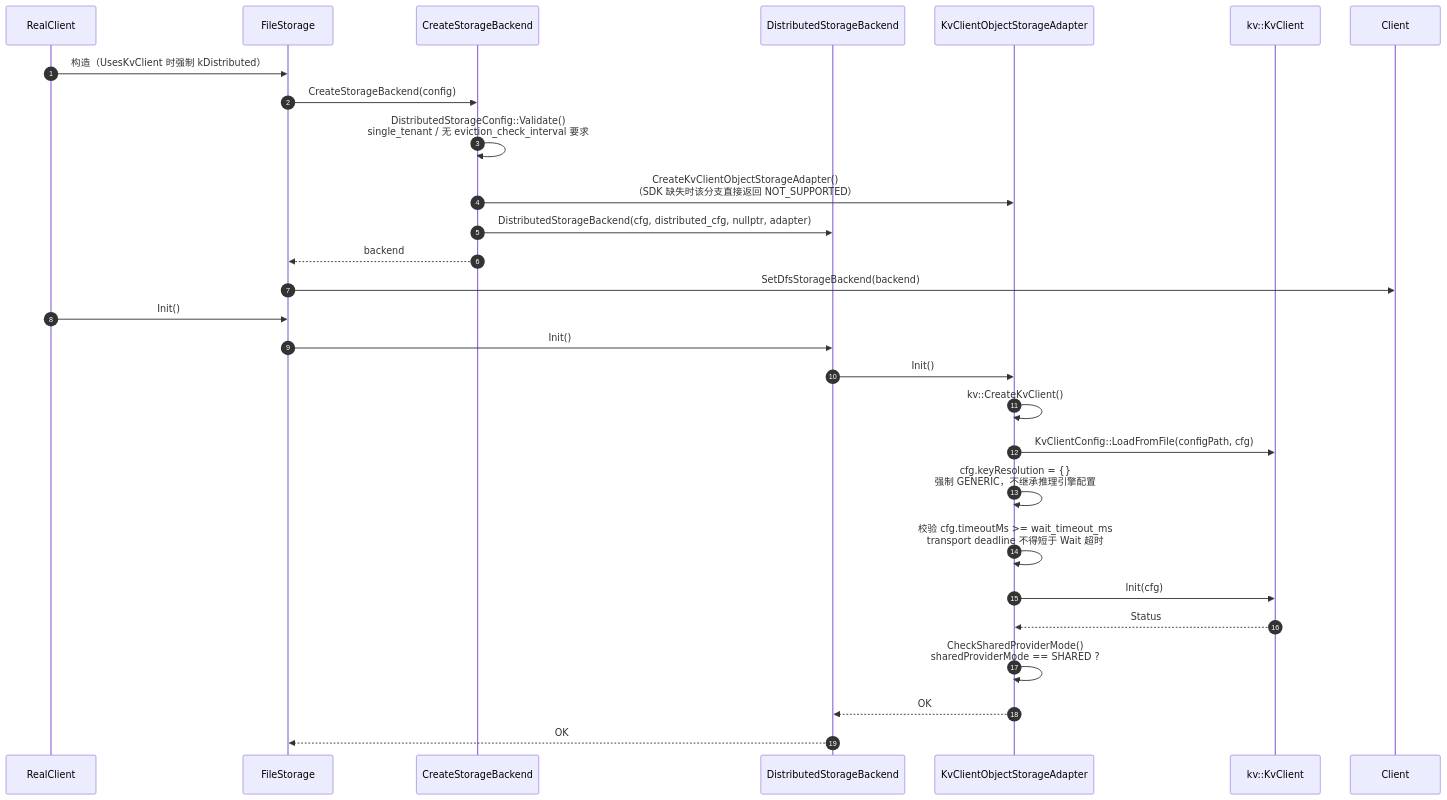
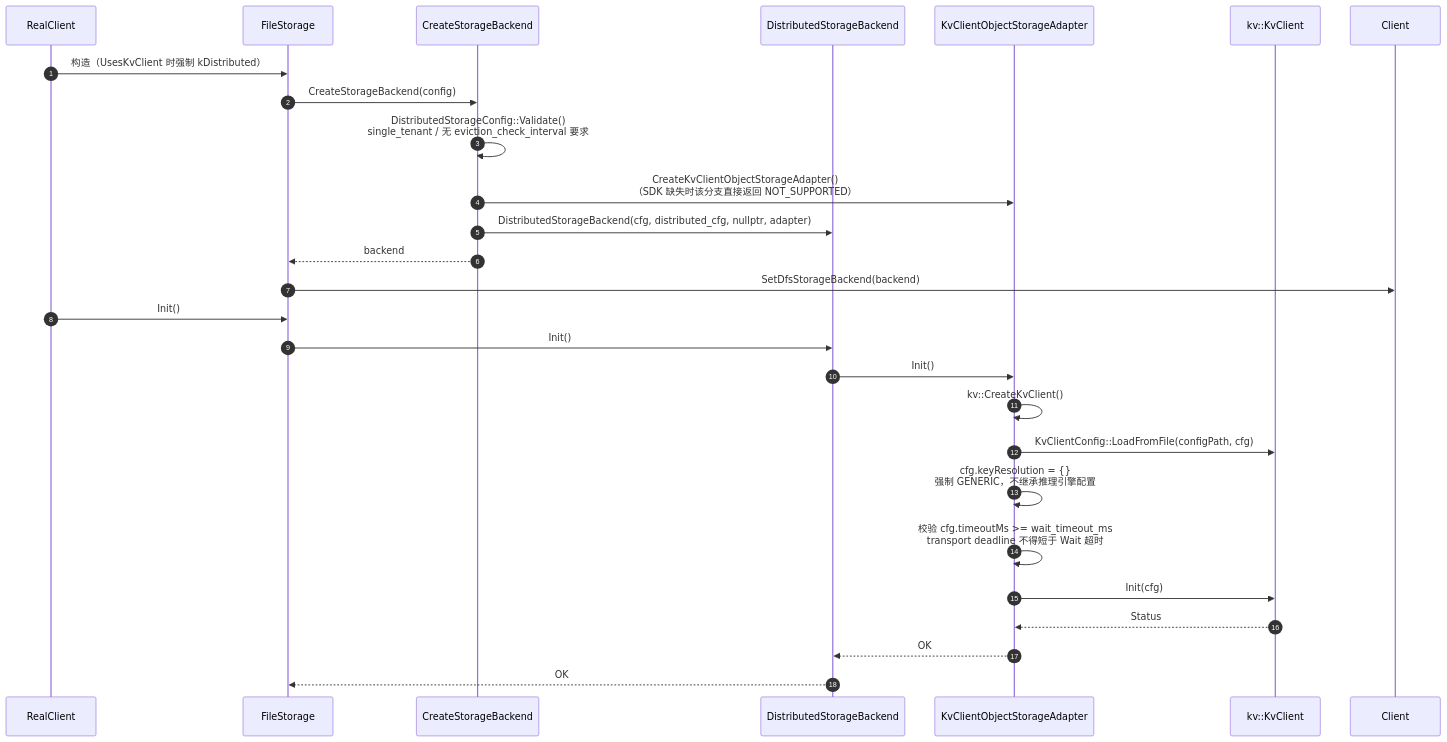
The eighth of 13 diagrams in Mooncake + KVClient L3 接入（Kvcs）- v3.md (zwj20000328-dotcom/Mooncake-documents), drawn with Mermaid before and after one commit. The commit also changed other lines of this file and 2 other files, not shown here.

````diff
--- a/Mooncake + KVClient L3 接入（Kvcs）- v3.md
+++ b/Mooncake + KVClient L3 接入（Kvcs）- v3.md
@@ -561,31 +561,30 @@
 ```mermaid
 sequenceDiagram
     autonumber
     participant RC as RealClient
     participant FS as FileStorage
     participant F as CreateStorageBackend
     participant BE as DistributedStorageBackend
     participant AD as KvClientObjectStorageAdapter
     participant SDK as kv::KvClient
     participant C as Client
 
     RC->>FS: 构造（UsesKvClient 时强制 kDistributed）
     FS->>F: CreateStorageBackend(config)
     F->>F: DistributedStorageConfig::Validate()<br/>single_tenant / 无 eviction_check_interval 要求
     F->>AD: CreateKvClientObjectStorageAdapter()<br/>（SDK 缺失时该分支直接返回 NOT_SUPPORTED）
     F->>BE: DistributedStorageBackend(cfg, distributed_cfg, nullptr, adapter)
     F-->>FS: backend
     FS->>C: SetDfsStorageBackend(backend)
     RC->>FS: Init()
     FS->>BE: Init()
     BE->>AD: Init()
     AD->>AD: kv::CreateKvClient()
     AD->>SDK: KvClientConfig::LoadFromFile(configPath, cfg)
     AD->>AD: cfg.keyResolution = {}<br/>强制 GENERIC，不继承推理引擎配置
     AD->>AD: 校验 cfg.timeoutMs >= wait_timeout_ms<br/>transport deadline 不得短于 Wait 超时
     AD->>SDK: Init(cfg)
     SDK-->>AD: Status
-    AD->>AD: CheckSharedProviderMode()<br/>sharedProviderMode == SHARED ?
     AD-->>BE: OK
     BE-->>FS: OK
 ```
````
